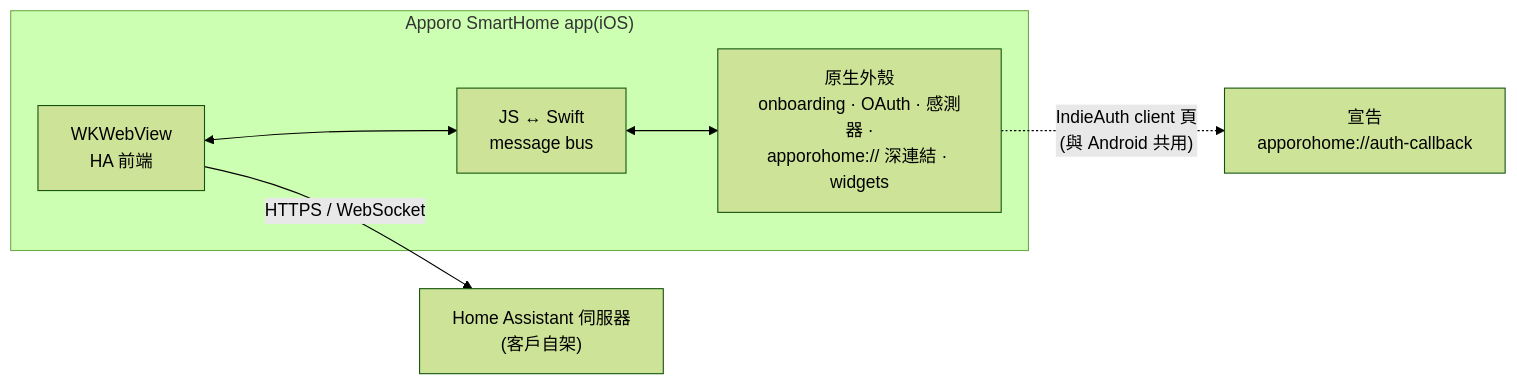
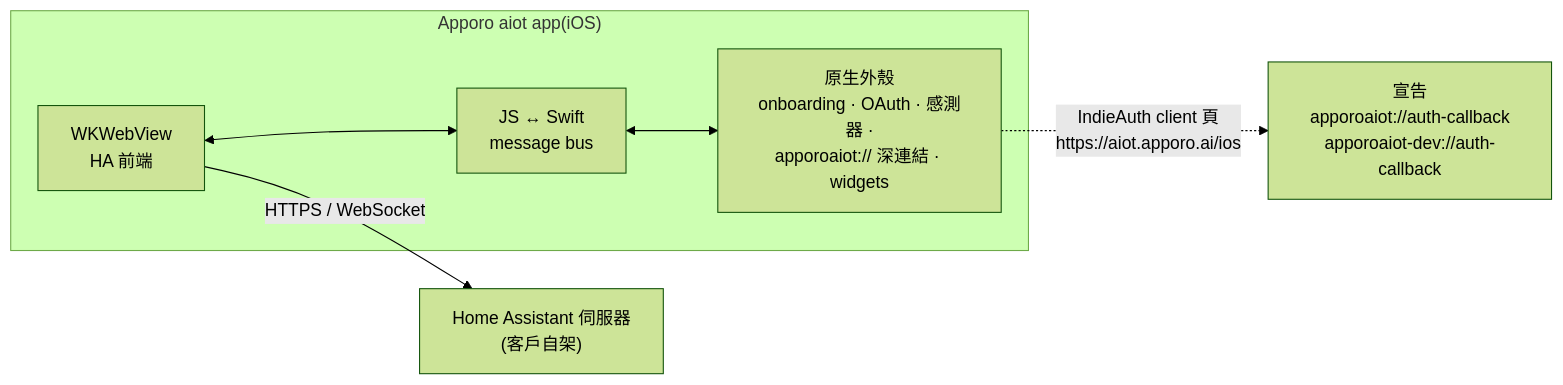
The diagram in README_zh-TW.md (WOOWTECH/Woow_apporo_ha_ios), drawn with Mermaid (forest theme) before and after one commit. The commit also changed other lines of this file and 184 other files, not shown here.

````diff
--- a/README_zh-TW.md
+++ b/README_zh-TW.md
@@ -51,8 +51,8 @@
 ```mermaid
 flowchart LR
-    subgraph iPhone["Apporo SmartHome app(iOS)"]
-        WV["WKWebView<br/>HA 前端"] <--> BUS["JS ↔ Swift<br/>message bus"] <--> N["原生外殼<br/>onboarding · OAuth · 感測器 ·<br/>apporohome:// 深連結 · widgets"]
+    subgraph iPhone["Apporo aiot app(iOS)"]
+        WV["WKWebView<br/>HA 前端"] <--> BUS["JS ↔ Swift<br/>message bus"] <--> N["原生外殼<br/>onboarding · OAuth · 感測器 ·<br/>apporoaiot:// 深連結 · widgets"]
     end
     WV -- "HTTPS / WebSocket" --> HA["Home Assistant 伺服器<br/>(客戶自架)"]
-    N -.->|"IndieAuth client 頁<br/>(與 Android 共用)"| PAGE["宣告<br/>apporohome://auth-callback"]
+    N -.->|"IndieAuth client 頁<br/>https://aiot.apporo.ai/ios"| PAGE["宣告<br/>apporoaiot://auth-callback<br/>apporoaiot-dev://auth-callback"]
 ```
````
